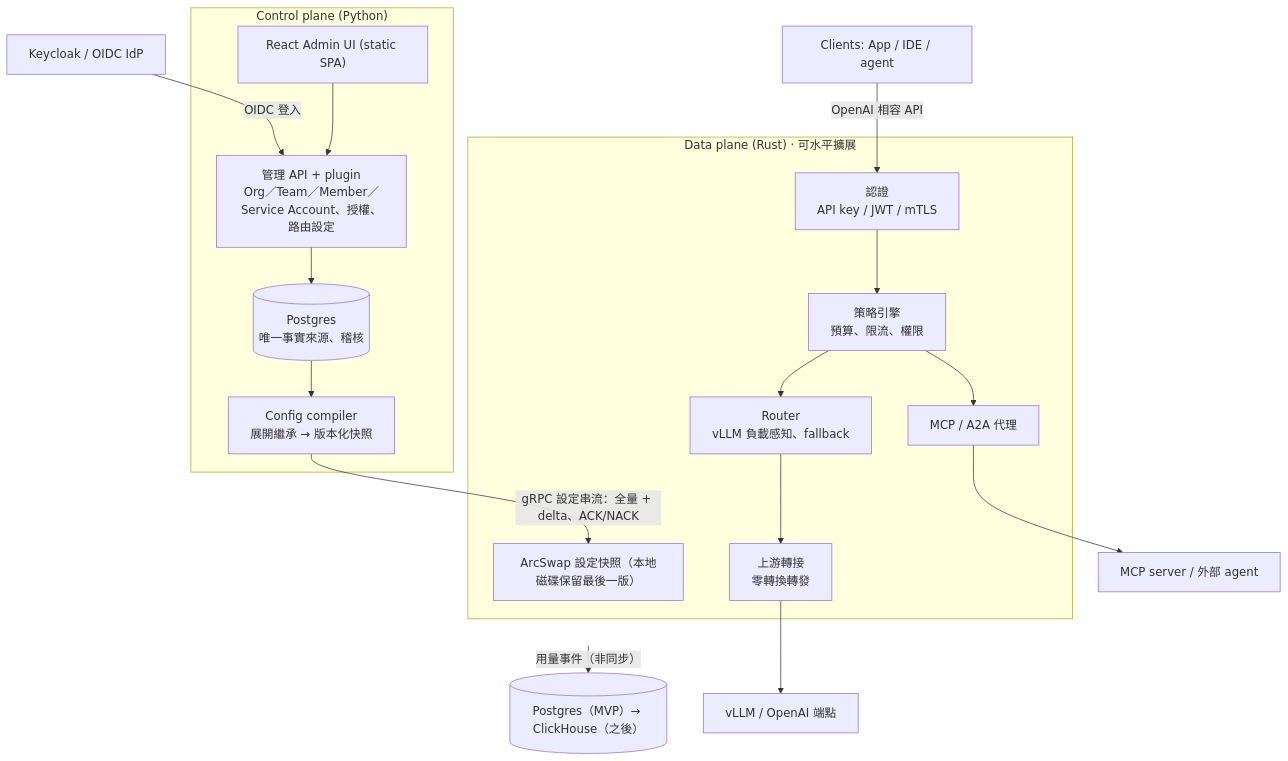
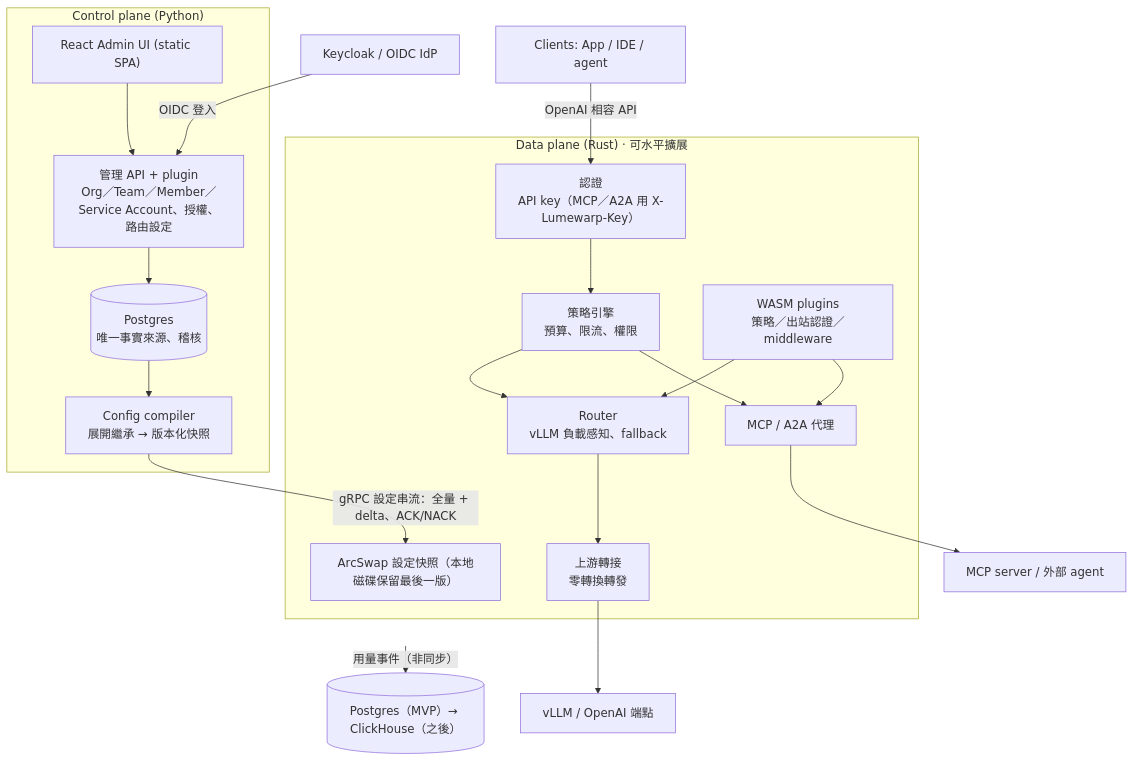
One commit to lumewarp/lumewarp changed the diagram in docs/architecture.md. Above: the diagram before and after it, drawn with Mermaid. The commit also changed other lines of this file and 95 other files, not shown here.

Commit message:
Add the Admin UI, deployment and documentation for MCP and A2A, and fix what review found in both proxies, the WASM host and the control plane

````diff
--- a/docs/architecture.md
+++ b/docs/architecture.md
@@ -24,19 +24,21 @@
 ```mermaid
 flowchart TB
   IdP["Keycloak / OIDC IdP"] -->|OIDC 登入| API
   subgraph CP["Control plane (Python)"]
     API["管理 API + plugin<br/>Org／Team／Member／Service Account、授權、路由設定"] --> PG[("Postgres<br/>唯一事實來源、稽核")]
     PG --> COMP["Config compiler<br/>展開繼承 → 版本化快照"]
     UI["React Admin UI (static SPA)"] --> API
   end
   COMP -->|"gRPC 設定串流：全量 + delta、ACK/NACK"| SNAP
   subgraph DP["Data plane (Rust) · 可水平擴展"]
     SNAP["ArcSwap 設定快照（本地磁碟保留最後一版）"]
-    AUTH["認證<br/>API key / JWT / mTLS"] --> POL["策略引擎<br/>預算、限流、權限"] --> RT["Router<br/>vLLM 負載感知、fallback"] --> PX["上游轉接<br/>零轉換轉發"]
+    AUTH["認證<br/>API key（MCP／A2A 用 X-Lumewarp-Key）"] --> POL["策略引擎<br/>預算、限流、權限"] --> RT["Router<br/>vLLM 負載感知、fallback"] --> PX["上游轉接<br/>零轉換轉發"]
+    PLUG["WASM plugins<br/>策略／出站認證／middleware"] --> RT
+    PLUG --> MCP
     POL --> MCP["MCP / A2A 代理"]
   end
   Clients["Clients: App / IDE / agent"] -->|OpenAI 相容 API| AUTH
   PX --> UP["vLLM / OpenAI 端點"]
   MCP --> UP2["MCP server / 外部 agent"]
   DP -->|用量事件（非同步）| STORE[("Postgres（MVP）→ ClickHouse（之後）")]
 ```
````
